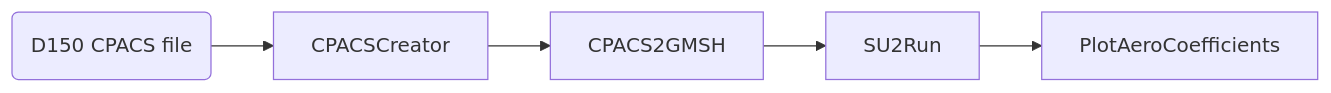
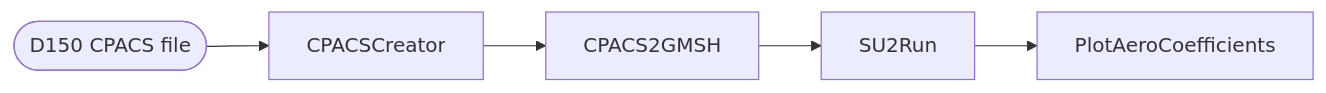
Before and after one commit to cfsengineering/CEASIOMpy: the diagram in test_cases/test_case_2/README.md, drawn with Mermaid. The commit also changed other lines of this file and 8 other files, not shown here.

````diff
--- a/test_cases/test_case_2/README.md
+++ b/test_cases/test_case_2/README.md
@@ -27,7 +37,7 @@
 ```mermaid
   graph LR;
-      D150(D150 CPACS file)-->CPACSCreator;
+      D150([D150 CPACS file])-->CPACSCreator;
       CPACSCreator-->CPACS2GMSH;
       CPACS2GMSH-->SU2Run;
       SU2Run-->PlotAeroCoefficients;
 ```
````
